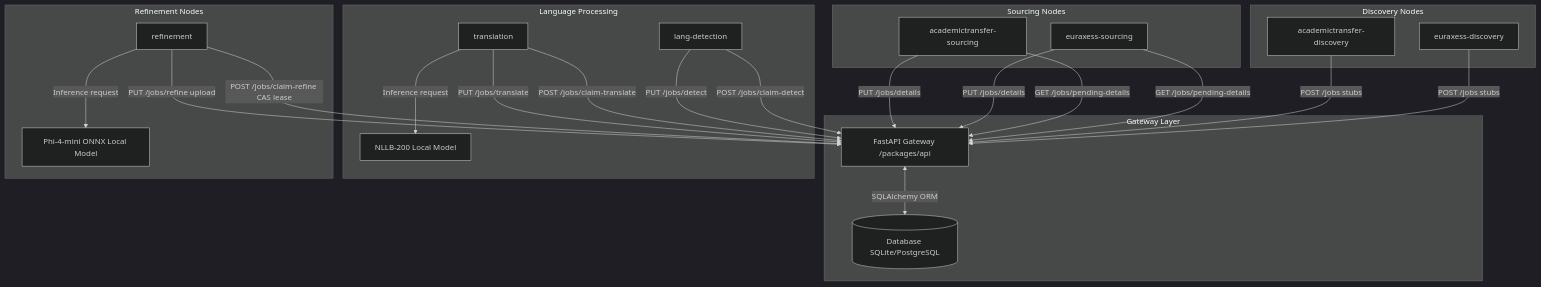
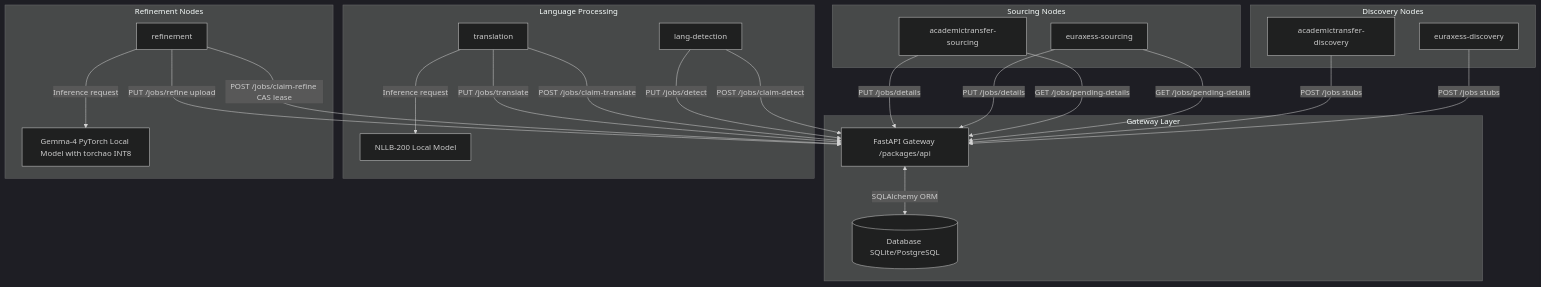
The first of 2 diagrams in README.md (drLacheheb/academix), drawn with Mermaid (dark theme) before and after one commit. The commit also changed other lines of this file and 3 other files, not shown here.

````diff
--- a/README.md
+++ b/README.md
@@ -117,48 +117,48 @@
 ```mermaid
 graph TD
     subgraph Discovery Nodes
         ED[euraxess-discovery]
         ATD[academictransfer-discovery]
     end
 
     subgraph Sourcing Nodes
         ES[euraxess-sourcing]
         ATS[academictransfer-sourcing]
     end
 
     subgraph Gateway Layer
         API[FastAPI Gateway /packages/api]
         DB[(Database SQLite/PostgreSQL)]
     end
 
     subgraph Language Processing
         LD[lang-detection]
         Trans[translation]
         NLLB[NLLB-200 Local Model]
     end
 
     subgraph Refinement Nodes
         Refine[refinement]
-        ONNX[Phi-4-mini ONNX Local Model]
+        PyTorch[Gemma-4 PyTorch Local Model with torchao INT8]
     end
 
     ED -->|POST /jobs stubs| API
     ATD -->|POST /jobs stubs| API
 
     ES -->|GET /jobs/pending-details| API
     ATS -->|GET /jobs/pending-details| API
     ES -->|PUT /jobs/details| API
     ATS -->|PUT /jobs/details| API
 
     LD -->|POST /jobs/claim-detect| API
     LD -->|PUT /jobs/detect| API
 
     Trans -->|POST /jobs/claim-translate| API
     Trans -->|PUT /jobs/translate| API
     Trans -->|Inference request| NLLB
 
     Refine -->|POST /jobs/claim-refine CAS lease| API
     Refine -->|PUT /jobs/refine upload| API
-    Refine -->|Inference request| ONNX
+    Refine -->|Inference request| PyTorch
     API <-->|SQLAlchemy ORM| DB
 ```
````
